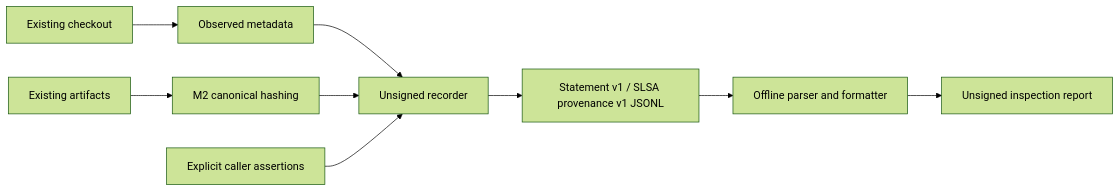
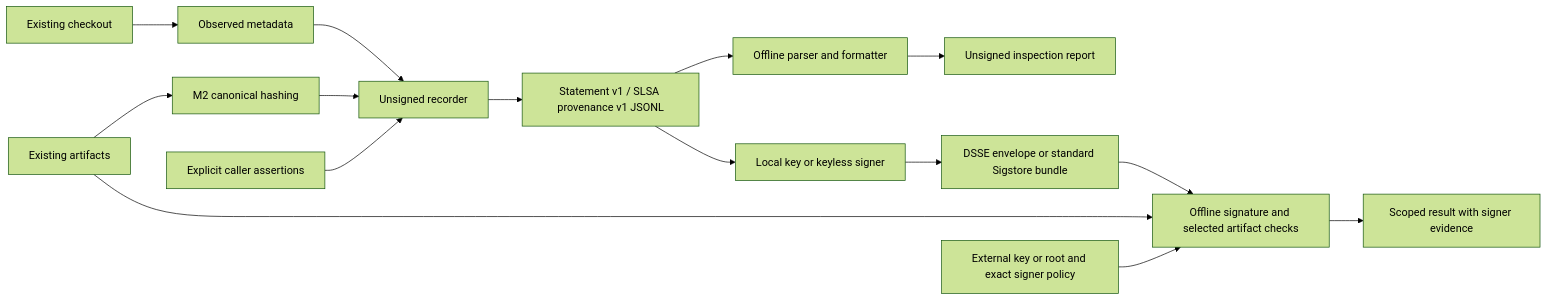
The diagram in README.md (Shellghostt/BuildTrace), drawn with Mermaid (forest theme) before and after one commit. The commit also changed other lines of this file and 10 other files, not shown here.

````diff
--- a/README.md
+++ b/README.md
@@ -59,11 +63,17 @@
 ```mermaid
 flowchart LR
     REPO[Existing checkout] --> META[Observed metadata]
     ART[Existing artifacts] --> HASH[M2 canonical hashing]
     META --> REC[Unsigned recorder]
     HASH --> REC
     CLAIMS[Explicit caller assertions] --> REC
     REC --> OUT[Statement v1 / SLSA provenance v1 JSONL]
     OUT --> INSPECT[Offline parser and formatter]
     INSPECT --> REPORT[Unsigned inspection report]
+    OUT --> SIGN[Local key or keyless signer]
+    SIGN --> ENVELOPE[DSSE envelope or standard Sigstore bundle]
+    ENVELOPE --> VERIFY[Offline signature and selected artifact checks]
+    ART --> VERIFY
+    TRUST[External key or root and exact signer policy] --> VERIFY
+    VERIFY --> RESULT[Scoped result with signer evidence]
 ```
````
